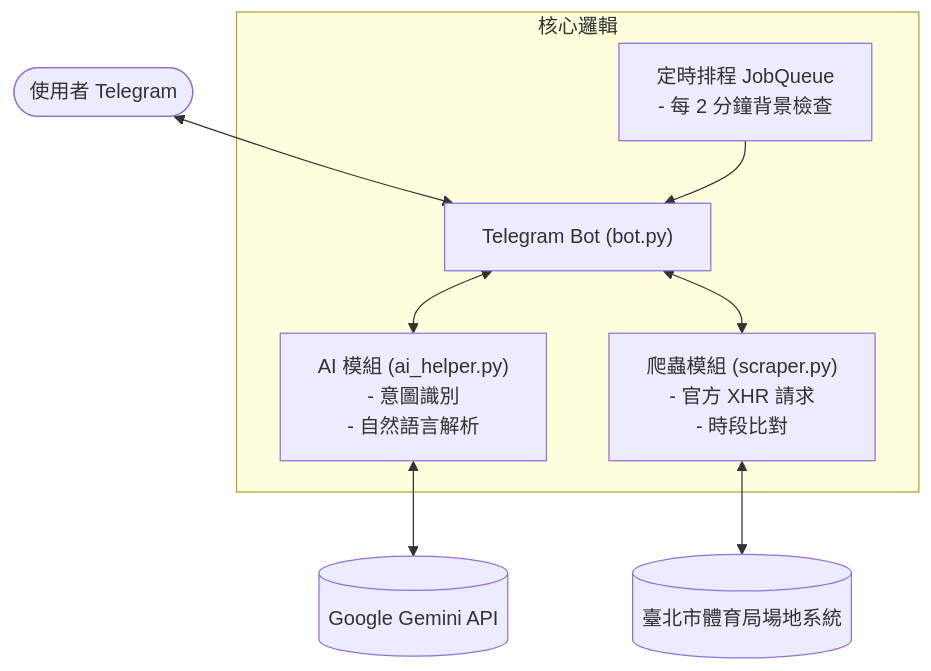
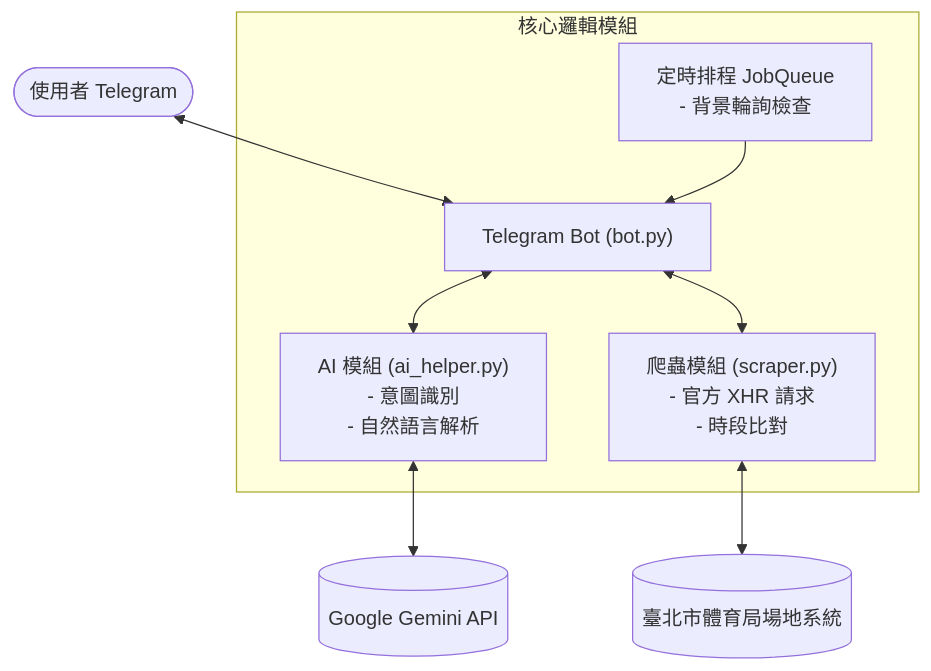
One commit to LNSY116/Tennis-Monitor changed the diagram in README.md. Above: the diagram before and after it, drawn with Mermaid. The commit also changed other lines of this file and 3 other files, not shown here.

````diff
--- a/README.md
+++ b/README.md
@@ -30,13 +30,13 @@
 ```mermaid
 flowchart TD
     User(["使用者 Telegram"]) <--> Bot["Telegram Bot (bot.py)"]
     
-    subgraph CoreLogic ["核心邏輯"]
+    subgraph CoreLogic ["核心邏輯模組"]
         Bot <--> AI["AI 模組 (ai_helper.py)<br/>- 意圖識別<br/>- 自然語言解析"]
         Bot <--> Scraper["爬蟲模組 (scraper.py)<br/>- 官方 XHR 請求<br/>- 時段比對"]
-        JobQueue["定時排程 JobQueue<br/>- 每 2 分鐘背景檢查"] --> Bot
+        JobQueue["定時排程 JobQueue<br/>- 背景輪詢檢查"] --> Bot
     end
 
     AI <--> GeminiAPI[("Google Gemini API")]
     Scraper <--> SportsAPI[("臺北市體育局場地系統")]
 ```
````
